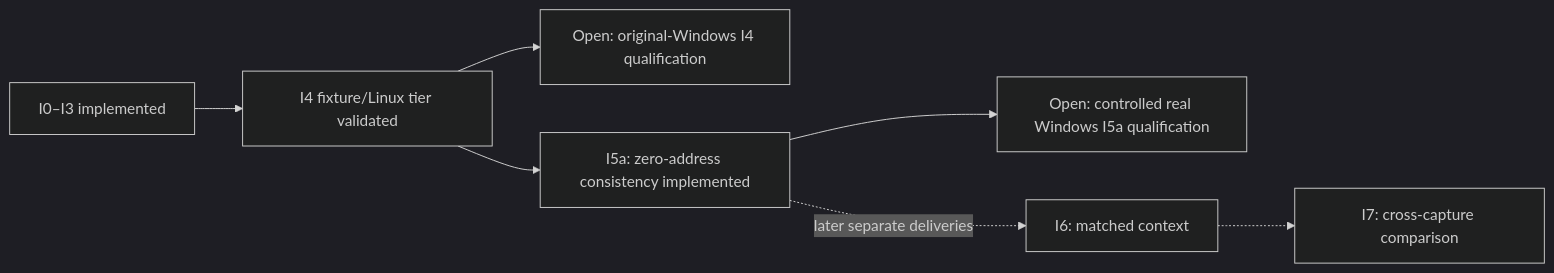
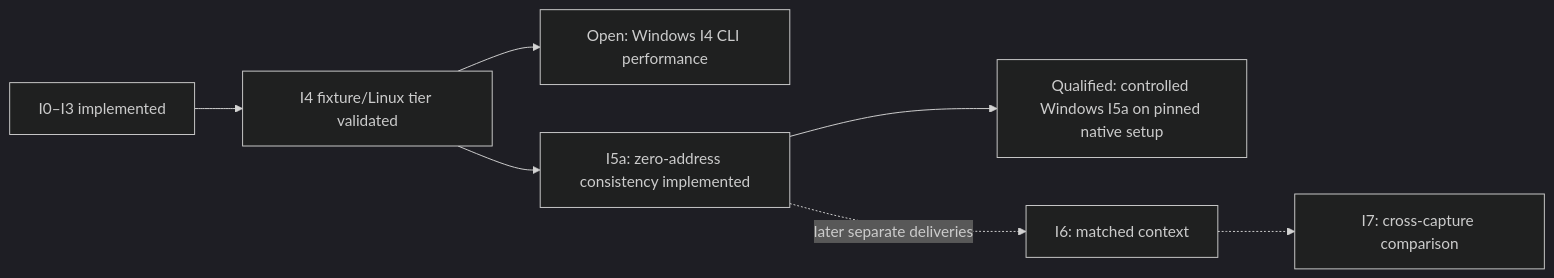
One commit to NzSN/Ariadne changed the diagram in Plans/investigation-layer.md. Above: the diagram before and after it, drawn with Mermaid (dark theme). The commit also changed other lines of this file and 108 other files, not shown here.

First line of the commit message:
Qualify native I5a and re-pin the Windows I4 workload

````diff
--- a/Plans/investigation-layer.md
+++ b/Plans/investigation-layer.md
@@ -55,9 +63,9 @@
 ```mermaid
 flowchart LR
     Delivered["I0–I3 implemented"] --> Tier["I4 fixture/Linux tier validated"]
-    Tier --> Windows["Open: original-Windows I4 qualification"]
+    Tier --> Windows["Open: Windows I4 CLI performance"]
     Tier --> I5["I5a: zero-address consistency implemented"]
-    I5 --> I5Windows["Open: controlled real Windows I5a qualification"]
+    I5 --> I5Windows["Qualified: controlled Windows I5a on pinned native setup"]
     I5 -. "later separate deliveries" .-> I6["I6: matched context"]
     I6 -.-> I7["I7: cross-capture comparison"]
 ```
````
